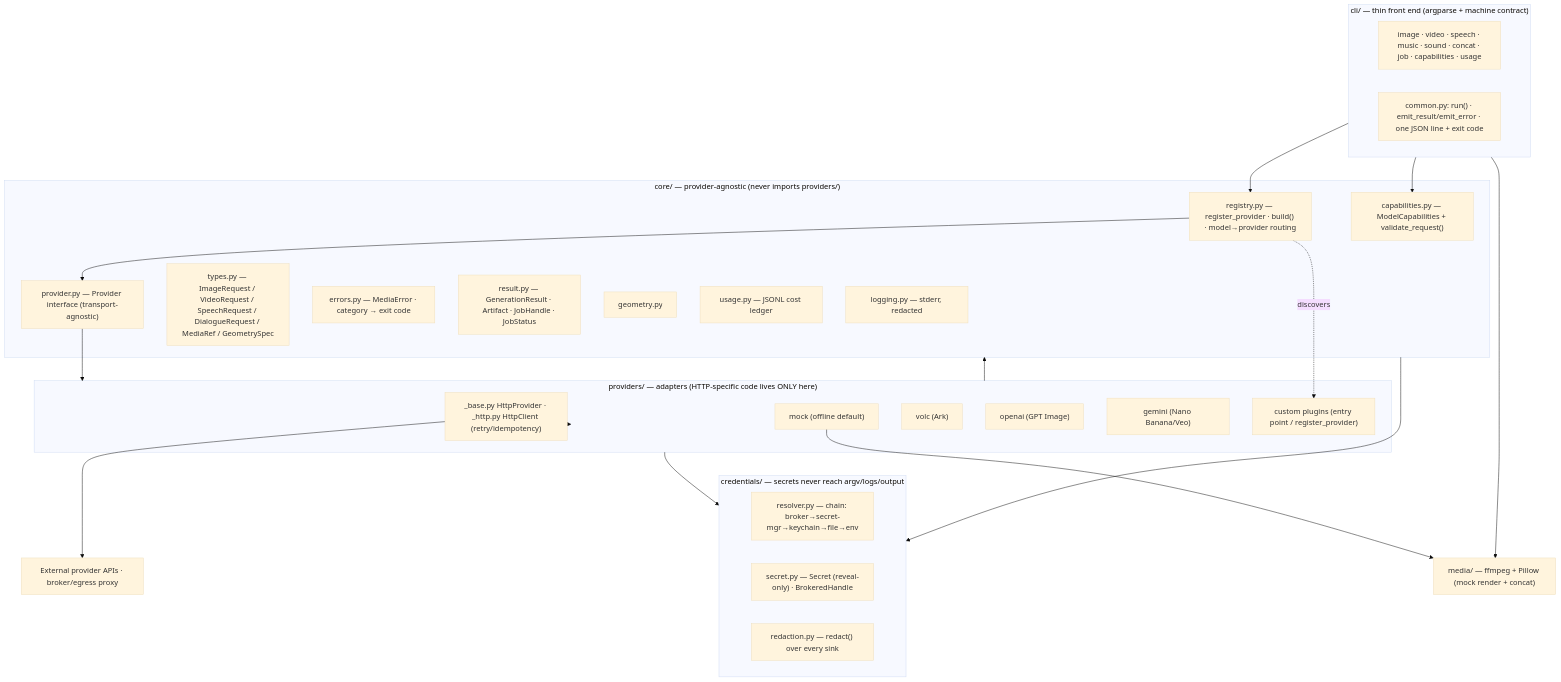
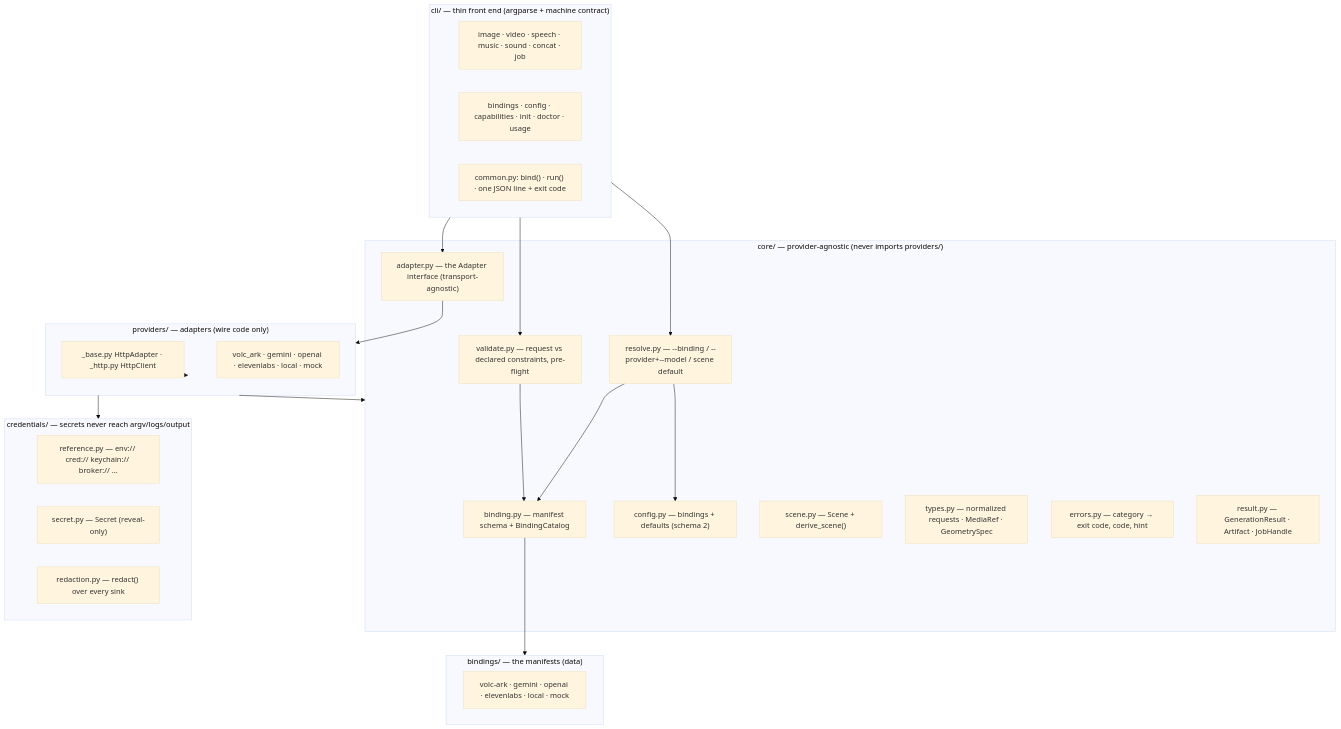
The first of 2 diagrams in docs/ARCHITECTURE.md (BrandoZhang/media-ai), drawn with Mermaid (base theme) before and after one commit. The commit also changed other lines of this file and 45 other files, not shown here.

````diff
--- a/docs/ARCHITECTURE.md
+++ b/docs/ARCHITECTURE.md
@@ -11,50 +42,47 @@
 ```mermaid
 flowchart TB
     subgraph CLI["cli/ — thin front end (argparse + machine contract)"]
-        C1["image · video · speech · music · sound · concat · job · capabilities · usage"]
-        C3["common.py: run() · emit_result/emit_error · one JSON line + exit code"]
+        C1["image · video · speech · music · sound · concat · job"]
+        C2["bindings · config · capabilities · init · doctor · usage"]
+        C3["common.py: bind() · run() · one JSON line + exit code"]
     end
 
     subgraph CORE["core/ — provider-agnostic (never imports providers/)"]
-        R["registry.py — register_provider · build() · model→provider routing"]
-        P["provider.py — Provider interface (transport-agnostic)"]
-        T["types.py — ImageRequest / VideoRequest / SpeechRequest / DialogueRequest / MediaRef / GeometrySpec"]
-        CAP["capabilities.py — ModelCapabilities + validate_request()"]
-        ERR["errors.py — MediaError · category → exit code"]
-        RES["result.py — GenerationResult · Artifact · JobHandle · JobStatus"]
-        GEO["geometry.py"]
-        USG["usage.py — JSONL cost ledger"]
-        LOG["logging.py — stderr, redacted"]
+        B["binding.py — manifest schema + BindingCatalog"]
+        R["resolve.py — --binding / --provider+--model / scene default"]
+        CF["config.py — bindings + defaults (schema 2)"]
+        S["scene.py — Scene + derive_scene()"]
+        V["validate.py — request vs declared constraints, pre-flight"]
+        A["adapter.py — the Adapter interface (transport-agnostic)"]
+        T["types.py — normalized requests · MediaRef · GeometrySpec"]
+        ERR["errors.py — category → exit code, code, hint"]
+        RES["result.py — GenerationResult · Artifact · JobHandle"]
+    end
+
+    subgraph MAN["bindings/ — the manifests (data)"]
+        M1["volc-ark · gemini · openai · elevenlabs · local · mock"]
+    end
+
+    subgraph PROV["providers/ — adapters (wire code only)"]
+        BASE["_base.py HttpAdapter · _http.py HttpClient"]
+        IMPL["volc_ark · gemini · openai · elevenlabs · local · mock"]
     end
 
     subgraph CRED["credentials/ — secrets never reach argv/logs/output"]
-        RSV["resolver.py — chain: broker→secret-mgr→keychain→file→env"]
-        SEC["secret.py — Secret (reveal-only) · BrokeredHandle"]
+        REF["reference.py — env:// cred:// keychain:// broker:// …"]
+        SEC["secret.py — Secret (reveal-only)"]
         RED["redaction.py — redact() over every sink"]
     end
 
-    subgraph PROV["providers/ — adapters (HTTP-specific code lives ONLY here)"]
-        BASE["_base.py HttpProvider · _http.py HttpClient (retry/idempotency)"]
-        MOCK["mock (offline default)"]
-        VOLC["volc (Ark)"]
-        OAI["openai (GPT Image)"]
-        GEM["gemini (Nano Banana/Veo)"]
-        EXT["custom plugins (entry point / register_provider)"]
-    end
-
-    MEDIA["media/ — ffmpeg + Pillow (mock render + concat)"]
-    EXTAPI["External provider APIs · broker/egress proxy"]
-
     CLI --> R
-    CLI --> CAP
-    R --> P
-    R -.discovers.-> EXT
-    P --> PROV
+    R --> CF
+    R --> B
+    B --> MAN
+    CLI --> V
+    V --> B
+    CLI --> A
+    A --> PROV
     PROV --> BASE
     PROV --> CORE
     PROV --> CRED
-    BASE --> EXTAPI
-    MOCK --> MEDIA
-    CLI --> MEDIA
-    CORE --> CRED
 ```
````
